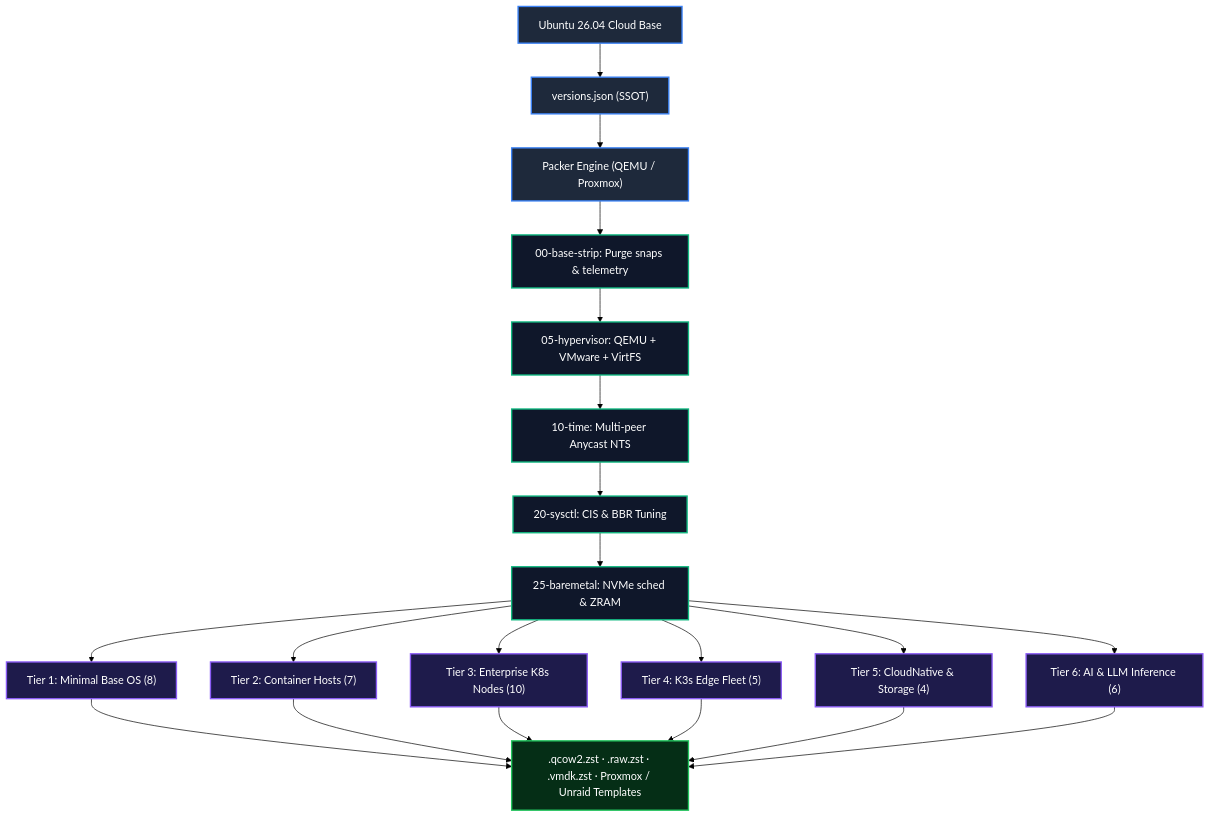
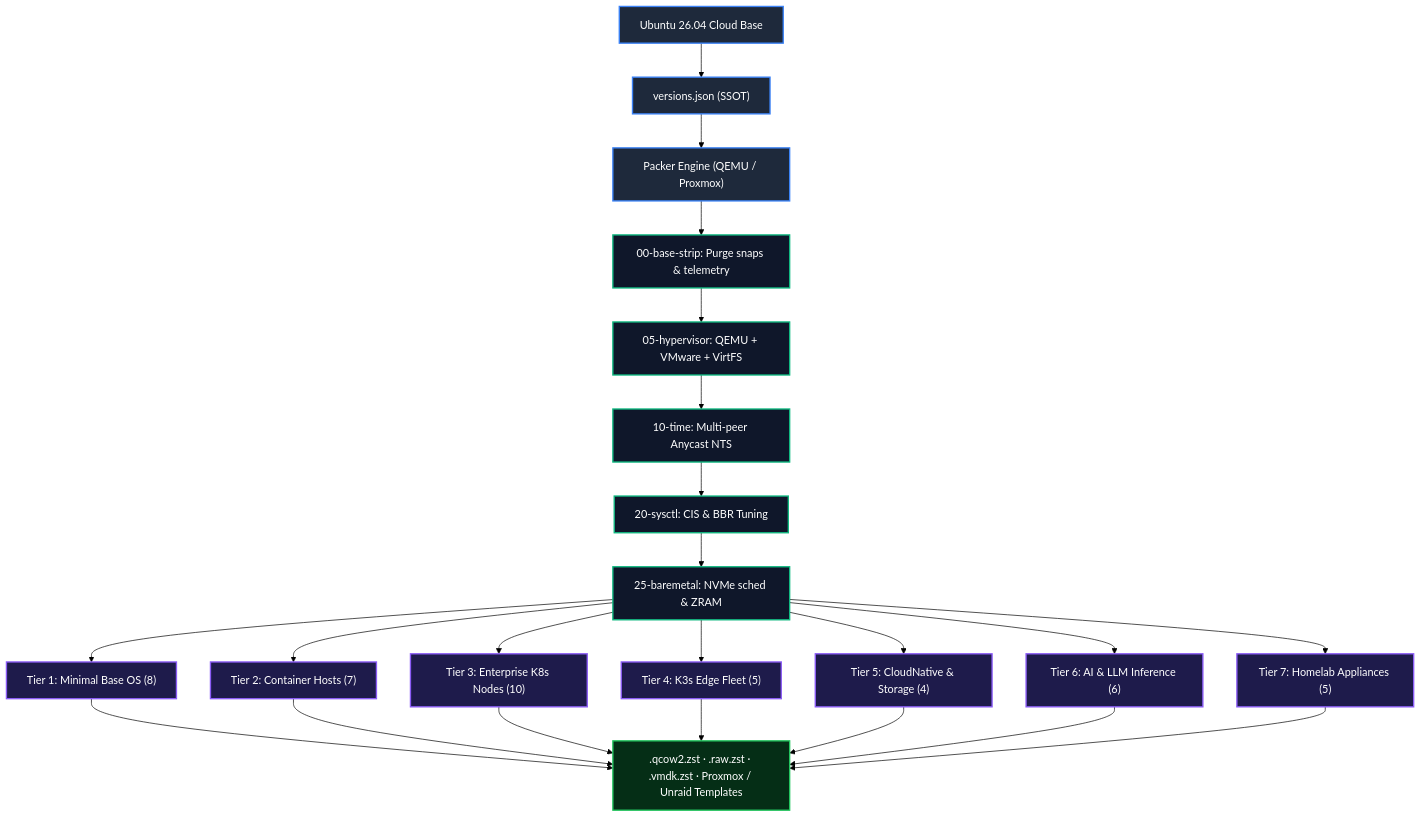
Before and after one commit to lusoris/lusoris-cloud-images: the diagram in README.md, drawn with Mermaid (forest theme). The commit also changed other lines of this file and 17 other files, not shown here.

````diff
--- a/README.md
+++ b/README.md
@@ -49,25 +49,26 @@
 ```mermaid
 graph TD
     classDef base fill:#1e293b,stroke:#3b82f6,stroke-width:2px,color:#fff;
     classDef stage fill:#0f172a,stroke:#10b981,stroke-width:2px,color:#fff;
     classDef target fill:#1e1b4b,stroke:#8b5cf6,stroke-width:2px,color:#fff;
     classDef out fill:#052e16,stroke:#22c55e,stroke-width:2px,color:#fff;
 
     A["Ubuntu 26.04 Cloud Base"]:::base --> SSOT["versions.json (SSOT)"]:::base
     SSOT --> P["Packer Engine (QEMU / Proxmox)"]:::base
 
     P --> S0["00-base-strip: Purge snaps & telemetry"]:::stage
     S0 --> S1["05-hypervisor: QEMU + VMware + VirtFS"]:::stage
     S1 --> S2["10-time: Multi-peer Anycast NTS"]:::stage
     S2 --> S3["20-sysctl: CIS & BBR Tuning"]:::stage
     S3 --> S4["25-baremetal: NVMe sched & ZRAM"]:::stage
 
     S4 --> T1["Tier 1: Minimal Base OS (8)"]:::target
     S4 --> T2["Tier 2: Container Hosts (7)"]:::target
     S4 --> T3["Tier 3: Enterprise K8s Nodes (10)"]:::target
     S4 --> T4["Tier 4: K3s Edge Fleet (5)"]:::target
     S4 --> T5["Tier 5: CloudNative & Storage (4)"]:::target
     S4 --> T6["Tier 6: AI & LLM Inference (6)"]:::target
+    S4 --> T7["Tier 7: Homelab Appliances (5)"]:::target
 
-    T1 & T2 & T3 & T4 & T5 & T6 --> OUT[".qcow2.zst · .raw.zst · .vmdk.zst · Proxmox / Unraid Templates"]:::out
+    T1 & T2 & T3 & T4 & T5 & T6 & T7 --> OUT[".qcow2.zst · .raw.zst · .vmdk.zst · Proxmox / Unraid Templates"]:::out
 ```
````
